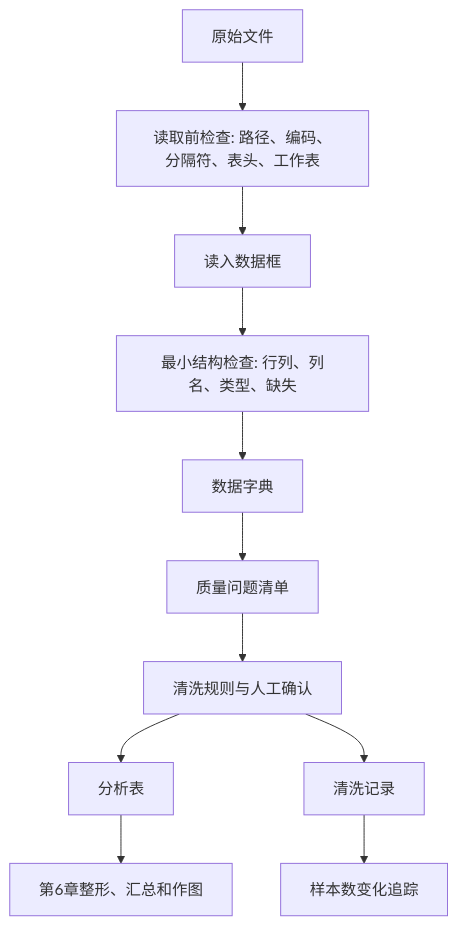
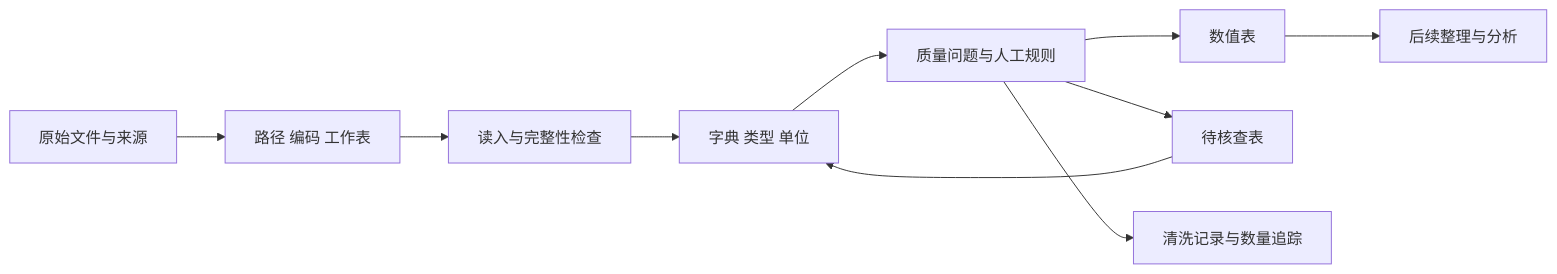
Before and after one commit to luvega/AI_MED_DataVis: the diagram in docs/chapters/chapter-5/index.md, drawn with Mermaid. The commit also changed other lines of this file and 80 other files, not shown here.

````diff
--- a/docs/chapters/chapter-5/index.md
+++ b/docs/chapters/chapter-5/index.md
@@ -79,13 +259,12 @@
 ```mermaid
-flowchart TD
-  A["原始文件"] --> B["读取前检查: 路径、编码、分隔符、表头、工作表"]
-  B --> C["读入数据框"]
-  C --> D["最小结构检查: 行列、列名、类型、缺失"]
-  D --> E["数据字典"]
-  E --> F["质量问题清单"]
-  F --> G["清洗规则与人工确认"]
-  G --> H["分析表"]
-  G --> I["清洗记录"]
-  I --> J["样本数变化追踪"]
-  H --> K["第6章整形、汇总和作图"]
+flowchart LR
+A[原始文件与来源] --> B[路径 编码 工作表]
+B --> C[读入与完整性检查]
+C --> D[字典 类型 单位]
+D --> E[质量问题与人工规则]
+E --> F[数值表]
+E --> G[待核查表]
+E --> H[清洗记录与数量追踪]
+F --> I[后续整理与分析]
+G --> D
 ```
````
